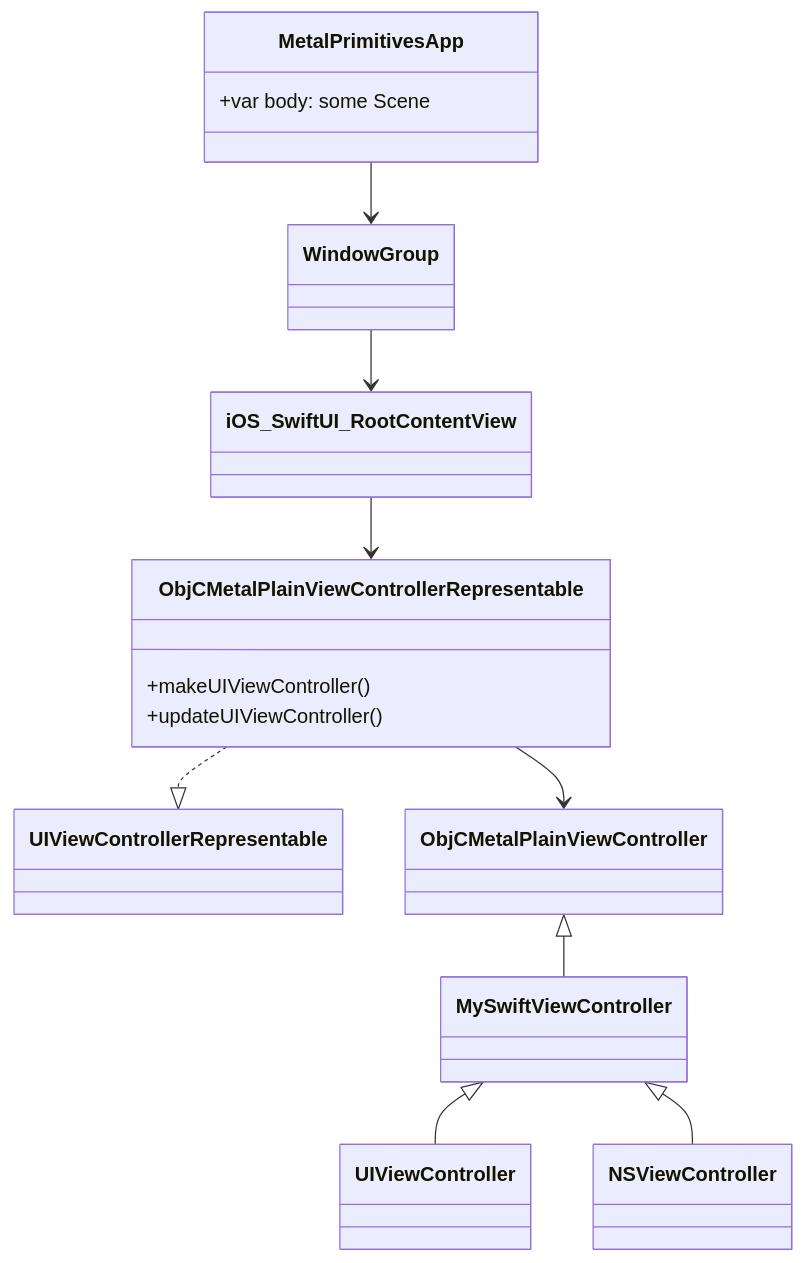
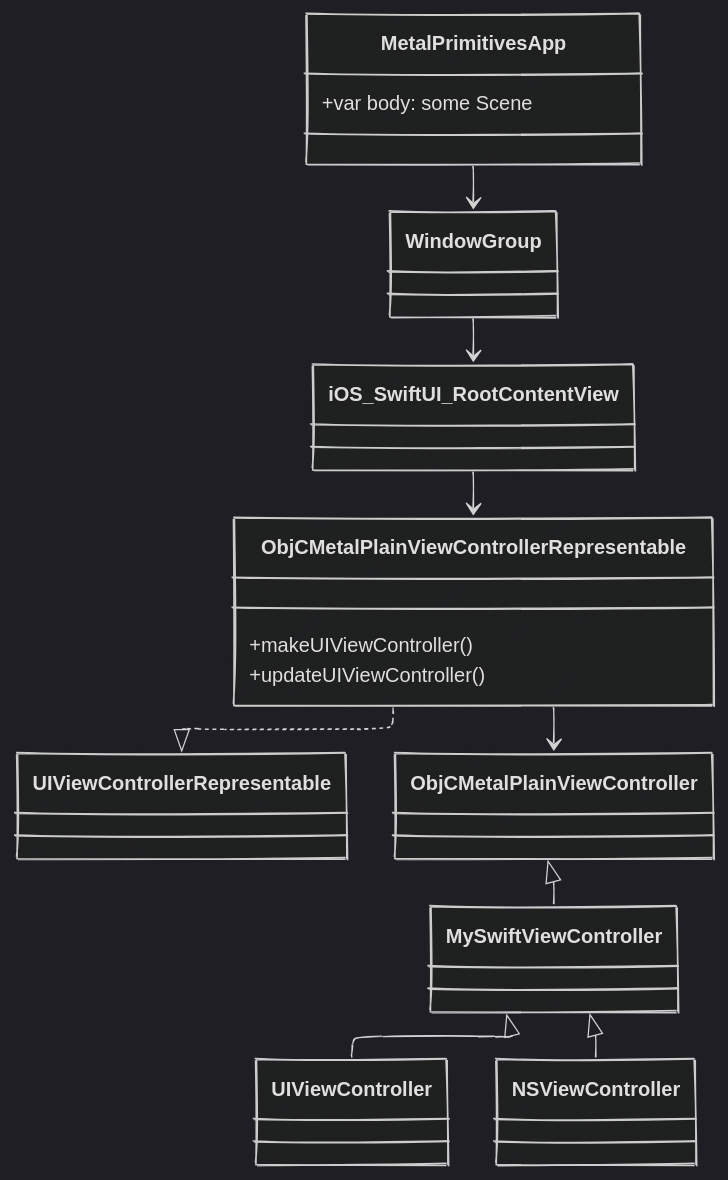
Before and after one commit to CongLeSolutionX/Metal-Primitives: the second of 3 diagrams in README.md, drawn with Mermaid. The commit also changed other lines of this file and 1 other file, not shown here.

````diff
--- a/README.md
+++ b/README.md
@@ -102,28 +108,34 @@
 ```mermaid
+---
+config:
+  layout: elk
+  look: handDrawn
+  theme: dark
+---
 classDiagram
     %% Main App Entry Point
     class MetalPrimitivesApp {
         +var body: some Scene
     }
     MetalPrimitivesApp --> WindowGroup
 
     %% SwiftUI Views
     WindowGroup --> iOS_SwiftUI_RootContentView
     iOS_SwiftUI_RootContentView --> ObjCMetalPlainViewControllerRepresentable
 
     %% UIViewControllerRepresentable Wrapper
     class ObjCMetalPlainViewControllerRepresentable {
         +makeUIViewController()
         +updateUIViewController()
     }
     ObjCMetalPlainViewControllerRepresentable ..|> UIViewControllerRepresentable
 
     %% UIKit View Controllers
     ObjCMetalPlainViewControllerRepresentable --> ObjCMetalPlainViewController
 
     %% Typealiases and Base Classes
     class MySwiftViewController
     MySwiftViewController <|-- UIViewController
     MySwiftViewController <|-- NSViewController
     ObjCMetalPlainViewController <|-- MySwiftViewController
 ```
````
